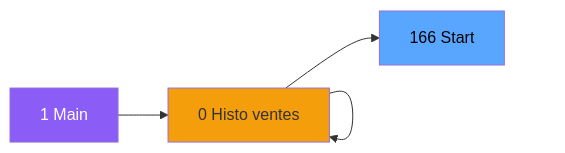
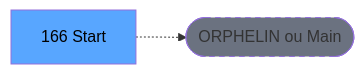
The second of 3 diagrams in .openspec/renders/ADH-IDE-166.md (thonyAGP/lecteur-magic), drawn with Mermaid before and after one commit. The commit also changed other lines of this file and 701 other files, not shown here.

````diff
--- a/.openspec/renders/ADH-IDE-166.md
+++ b/.openspec/renders/ADH-IDE-166.md
@@ -132,23 +124,8 @@
 ```mermaid
 graph LR
-    M[1 Main]
-    N0[0 Histo ventes]
-    N0[0 Histo ventes]
-    N0[0 Print extrai]
-    N0[0 Transaction ]
-    N0[0 Histo ventes]
     T[166 Start]
-    M --> N0
-    N0 --> N0
-    N0 --> N0
-    N0 --> N0
-    N0 --> N0
-    N0 --> T
-    style M fill:#8b5cf6,color:#fff
-    style N0 fill:#f59e0b
-    style N0 fill:#f59e0b
-    style N0 fill:#f59e0b
-    style N0 fill:#f59e0b
-    style N0 fill:#f59e0b
+    ORPHAN([ORPHELIN ou Main])
+    T -.-> ORPHAN
     style T fill:#58a6ff,color:#000
+    style ORPHAN fill:#6b7280,stroke-dasharray: 5 5
 ```
````
